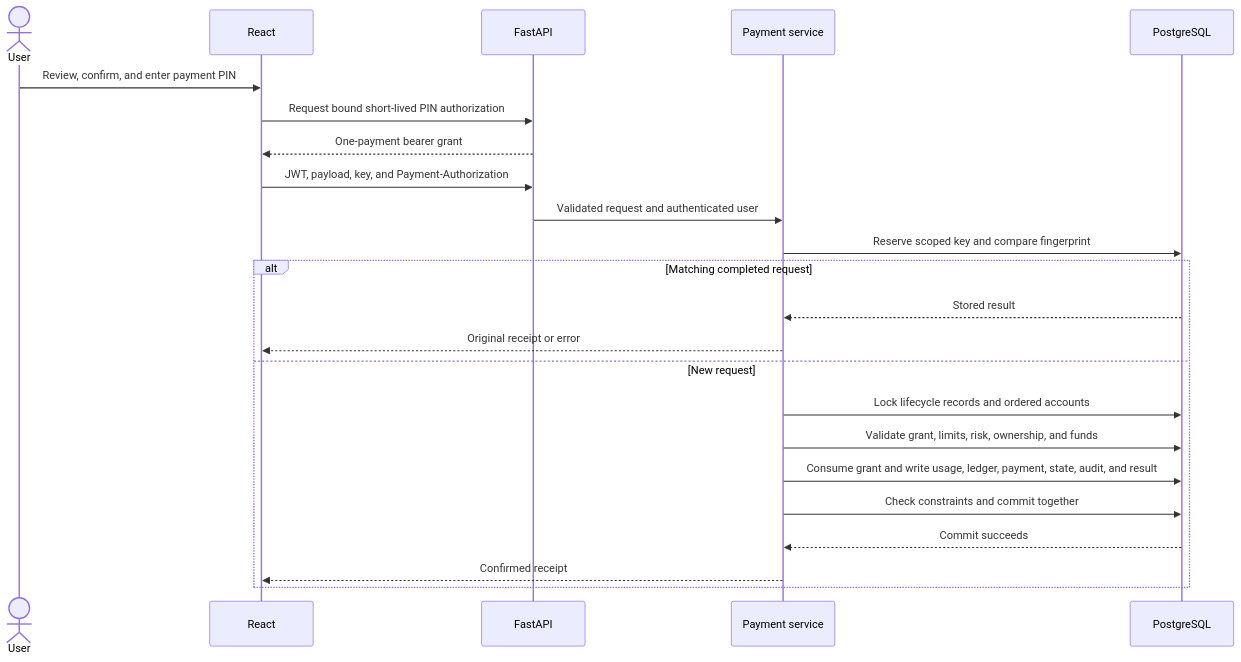
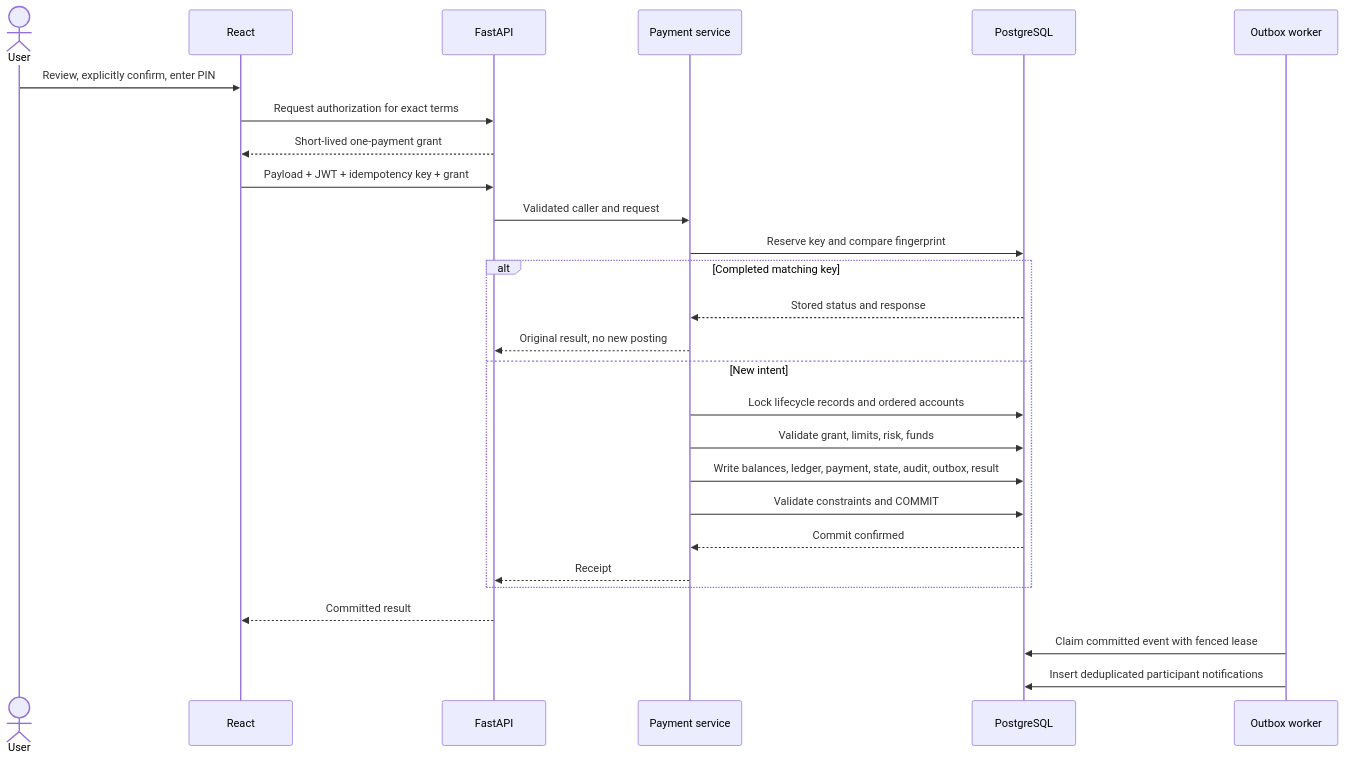
One commit to Harshita2011/PayFlow changed the second of 3 diagrams in README.md. Above: the diagram before and after it, drawn with Mermaid. The commit also changed other lines of this file, not shown here.

````diff
--- a/README.md
+++ b/README.md
@@ -124,25 +115,29 @@
 ```mermaid
 sequenceDiagram
     actor User
     participant UI as React
     participant API as FastAPI
     participant Engine as Payment service
     participant DB as PostgreSQL
-    User->>UI: Review, confirm, and enter payment PIN
-    UI->>API: Request bound short-lived PIN authorization
-    API-->>UI: One-payment bearer grant
-    UI->>API: JWT, payload, key, and Payment-Authorization
-    API->>Engine: Validated request and authenticated user
-    Engine->>DB: Reserve scoped key and compare fingerprint
-    alt Matching completed request
-        DB-->>Engine: Stored result
-        Engine-->>UI: Original receipt or error
-    else New request
+    participant Worker as Outbox worker
+    User->>UI: Review, explicitly confirm, enter PIN
+    UI->>API: Request authorization for exact terms
+    API-->>UI: Short-lived one-payment grant
+    UI->>API: Payload + JWT + idempotency key + grant
+    API->>Engine: Validated caller and request
+    Engine->>DB: Reserve key and compare fingerprint
+    alt Completed matching key
+        DB-->>Engine: Stored status and response
+        Engine-->>API: Original result, no new posting
+    else New intent
         Engine->>DB: Lock lifecycle records and ordered accounts
-        Engine->>DB: Validate grant, limits, risk, ownership, and funds
-        Engine->>DB: Consume grant and write usage, ledger, payment, state, audit, and result
-        Engine->>DB: Check constraints and commit together
-        DB-->>Engine: Commit succeeds
-        Engine-->>UI: Confirmed receipt
+        Engine->>DB: Validate grant, limits, risk, funds
+        Engine->>DB: Write balances, ledger, payment, state, audit, outbox, result
+        Engine->>DB: Validate constraints and COMMIT
+        DB-->>Engine: Commit confirmed
+        Engine-->>API: Receipt
     end
+    API-->>UI: Committed result
+    Worker->>DB: Claim committed event with fenced lease
+    Worker->>DB: Insert deduplicated participant notifications
 ```
````
